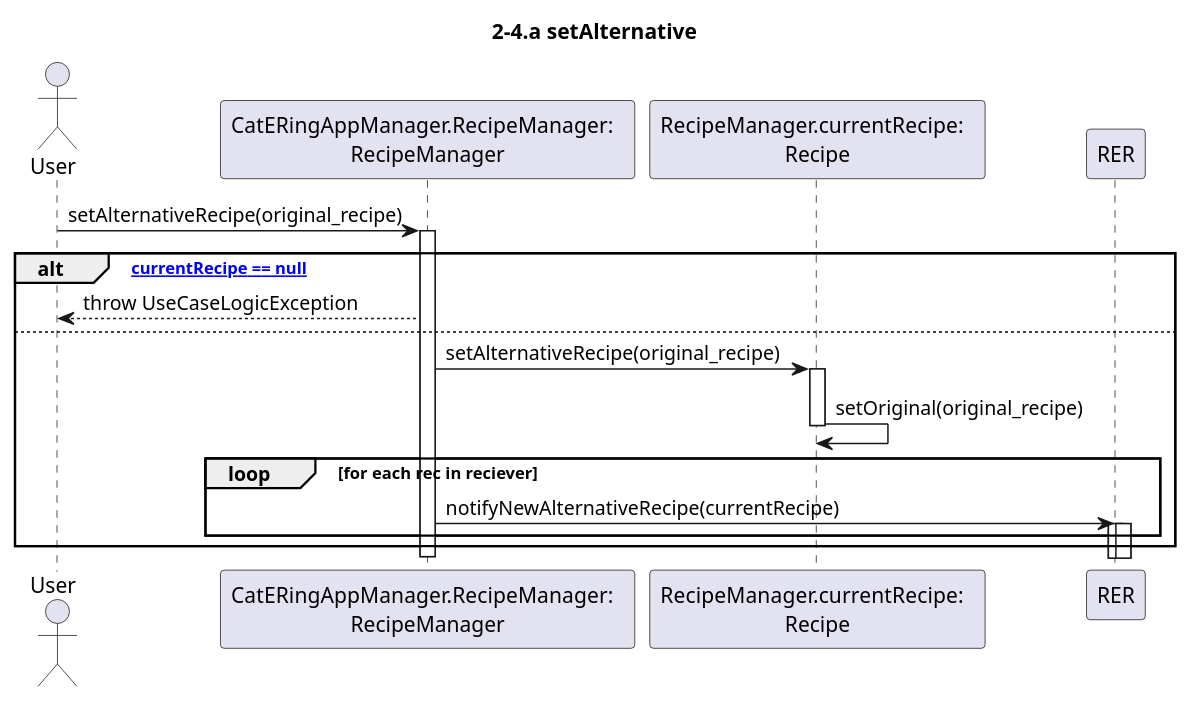
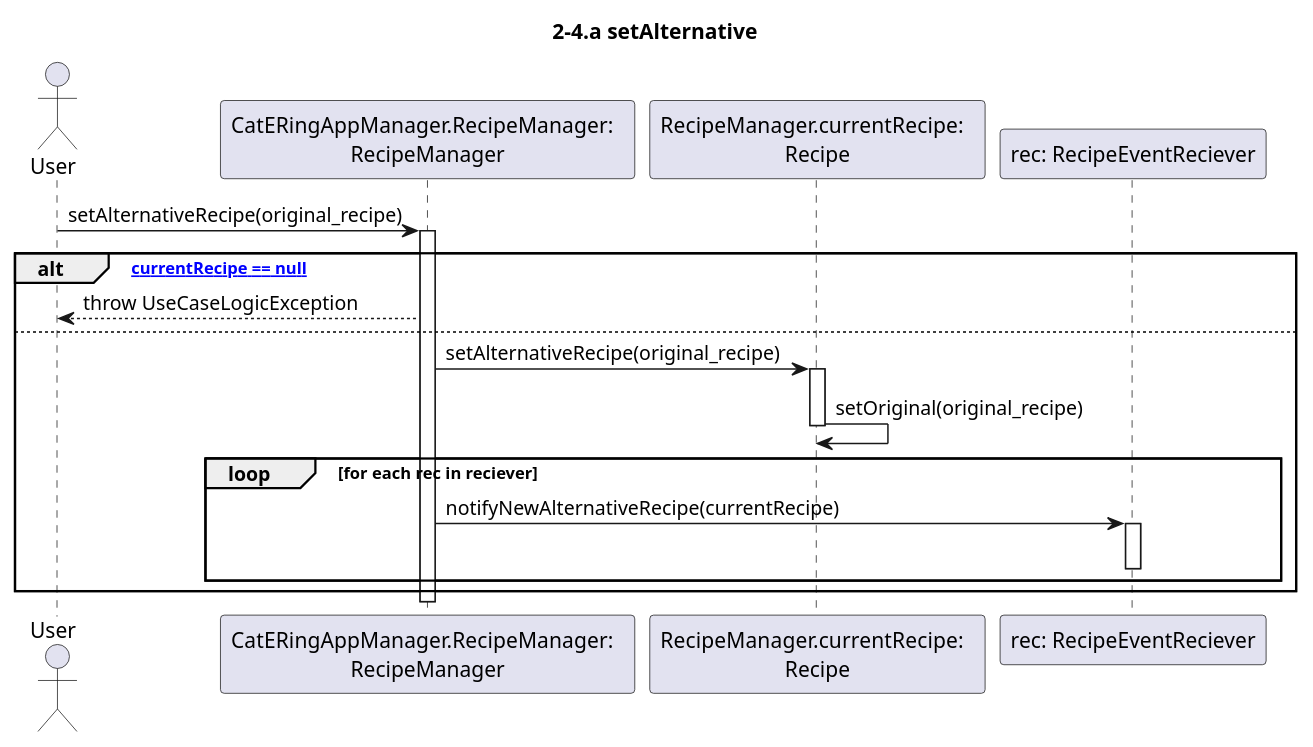
One commit to m0canu1/sas changed the diagram in dsd/dsd-ricette/estensioni/6-setAlternative.md. Above: the diagram before and after it, drawn with PlantUML. The commit also changed 1 other file, not shown here.

Commit message:
correzioni dsd

````diff
--- a/dsd/dsd-ricette/estensioni/6-setAlternative.md
+++ b/dsd/dsd-ricette/estensioni/6-setAlternative.md
@@ -1,28 +1,31 @@
 ```plantuml
 
 title: 2-4.a setAlternative
 
 Actor User
 Participant "CatERingAppManager.RecipeManager:  \nRecipeManager" as RM
 Participant "RecipeManager.currentRecipe:  \nRecipe" as CR
-
+Participant "rec: RecipeEventReciever" as RER
 User -> RM: setAlternativeRecipe(original_recipe)
 Activate RM
 
 alt ["currentRecipe == null"]
 	RM --> User: throw UseCaseLogicException
 else
 	RM -> CR: setAlternativeRecipe(original_recipe)
 	Activate CR
+    
 	CR -> CR: setOriginal(original_recipe)
+
+
 	Deactivate CR
 	loop for each rec in reciever
 		RM -> RER: notifyNewAlternativeRecipe(currentRecipe)
 		activate RER
-		activate RER
+		Deactivate RER
 	end
 end
 Deactivate RM
 
 
 ```
````
